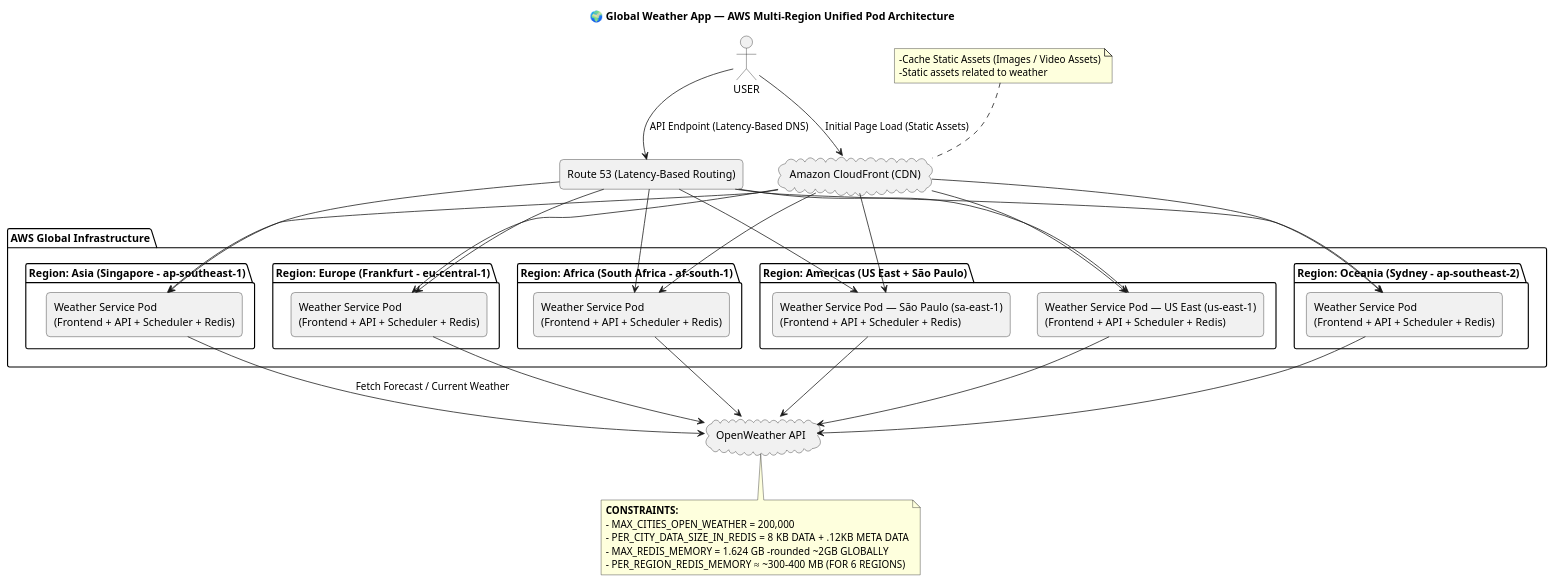
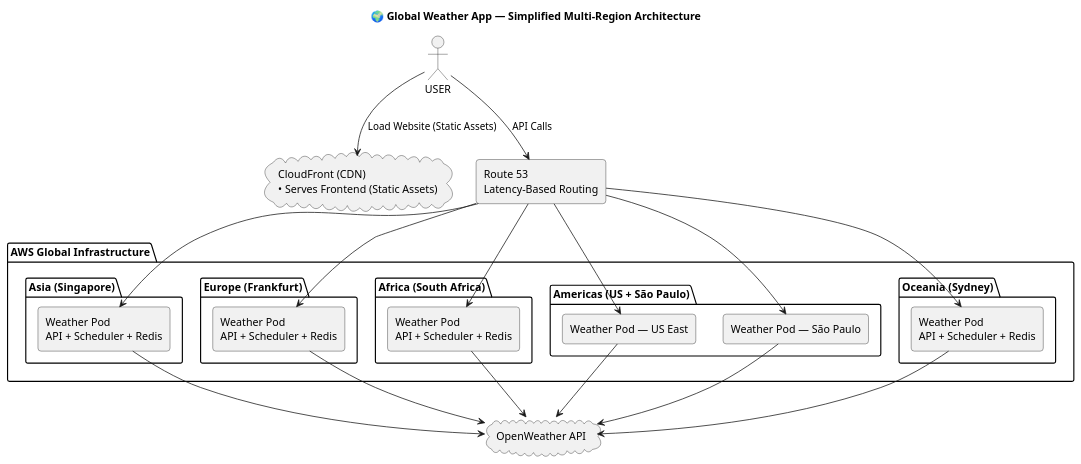
Before and after one commit to shivamnamdeo0101/weather-app: the diagram in diagrams/AWS_ARCH.puml, drawn with PlantUML. The commit also changed 2 other files, not shown here.

```diff
--- a/diagrams/AWS_ARCH.puml
+++ b/diagrams/AWS_ARCH.puml
@@ -1,115 +1,69 @@
 @startuml
-title 🌍 Global Weather App — AWS Multi-Region Unified Pod Architecture
+title 🌍 Global Weather App — Simplified Multi-Region Architecture
 
-' --- Layout Settings ---
-skinparam packagePadding 15
+skinparam packagePadding 10
 skinparam rectangle {
-    Shadowing false
-    RoundCorner 10
-    Padding 8
-    MinWidth 180
-}
-skinparam database {
-    Shadowing false
-    RoundCorner 10
-    Padding 8
-    MinWidth 160
+    RoundCorner 8
+    Padding 6
 }
 skinparam cloud {
-    Shadowing false
+    RoundCorner 10
 }
 
 actor USER
+cloud CF as "CloudFront (CDN)\n• Serves Frontend (Static Assets)"
+rectangle R53 as "Route 53\nLatency-Based Routing"
 cloud OPENWEATHER as "OpenWeather API"
 
 ' ===========================
-' AWS GLOBAL INFRASTRUCTURE
+' GLOBAL INFRASTRUCTURE
 ' ===========================
 package "AWS Global Infrastructure" {
 
-    ' -------- ASIA REGION --------
-    package "Region: Asia (Singapore - ap-southeast-1)" {
-        rectangle POD_ASIA as "Weather Service Pod\n(Frontend + API + Scheduler + Redis)"
+    package "Asia (Singapore)" {
+        rectangle POD_ASIA as "Weather Pod\nAPI + Scheduler + Redis"
     }
 
-    ' -------- EUROPE REGION --------
-    package "Region: Europe (Frankfurt - eu-central-1)" {
-        rectangle POD_EU as "Weather Service Pod\n(Frontend + API + Scheduler + Redis)"
+    package "Europe (Frankfurt)" {
+        rectangle POD_EU as "Weather Pod\nAPI + Scheduler + Redis"
     }
 
-    ' -------- AFRICA REGION --------
-    package "Region: Africa (South Africa - af-south-1)" {
-        rectangle POD_AF as "Weather Service Pod\n(Frontend + API + Scheduler + Redis)"
+    package "Africa (South Africa)" {
+        rectangle POD_AF as "Weather Pod\nAPI + Scheduler + Redis"
     }
 
-    ' -------- AMERICAS REGION --------
-    package "Region: Americas (US East + São Paulo)" {
-        rectangle POD_US as "Weather Service Pod — US East (us-east-1)\n(Frontend + API + Scheduler + Redis)"
-        rectangle POD_SA as "Weather Service Pod — São Paulo (sa-east-1)\n(Frontend + API + Scheduler + Redis)"
+    package "Americas (US + São Paulo)" {
+        rectangle POD_US as "Weather Pod — US East"
+        rectangle POD_SA as "Weather Pod — São Paulo"
     }
 
-    ' -------- OCEANIA REGION --------
-    package "Region: Oceania (Sydney - ap-southeast-2)" {
-        rectangle POD_OC as "Weather Service Pod\n(Frontend + API + Scheduler + Redis)"
+    package "Oceania (Sydney)" {
+        rectangle POD_OC as "Weather Pod\nAPI + Scheduler + Redis"
     }
 }
 
 ' ===========================
-' GLOBAL SERVICES
+' USER → SYSTEM FLOW
 ' ===========================
-cloud CF as "Amazon CloudFront (CDN)"
+USER --> CF : Load Website (Static Assets)
+USER --> R53 : API Calls
 
-note top of CF
--Cache Static Assets (Images / Video Assets)
--Static assets related to weather
-end note
-
-
-rectangle R53 as "Route 53 (Latency-Based Routing)"
-
-' ===========================
-' GLOBAL CONNECTION FLOW
-' ===========================
-
-USER --> CF : Initial Page Load (Static Assets)
-USER --> R53 : API Endpoint (Latency-Based DNS)
-
-' CloudFront → Regional Pods (Frontend)
-CF --> POD_ASIA
-CF --> POD_EU
-CF --> POD_AF
-CF --> POD_US
-CF --> POD_SA
-CF --> POD_OC
-
-' Route 53 → Regional Pods (API Traffic)
+' CDN → Backends
 R53 --> POD_ASIA
 R53 --> POD_EU
 R53 --> POD_AF
 R53 --> POD_US
 R53 --> POD_SA
 R53 --> POD_OC
 
 ' ===========================
-' REGIONAL DATA FLOW
+' REGIONAL WEATHER FETCH
 ' ===========================
-
-POD_ASIA --> OPENWEATHER : Fetch Forecast / Current Weather
+POD_ASIA --> OPENWEATHER
 POD_EU --> OPENWEATHER
 POD_AF --> OPENWEATHER
 POD_US --> OPENWEATHER
 POD_SA --> OPENWEATHER
 POD_OC --> OPENWEATHER
 
-' ===========================
-' SYSTEM CONSTRAINTS
-' ===========================
-note bottom of OPENWEATHER
-<b>CONSTRAINTS:</b>
-- MAX_CITIES_OPEN_WEATHER = 200,000
-- PER_CITY_DATA_SIZE_IN_REDIS = 8 KB DATA + .12KB META DATA
-- MAX_REDIS_MEMORY = 1.624 GB -rounded ~2GB GLOBALLY
-- PER_REGION_REDIS_MEMORY ≈ ~300–400 MB (FOR 6 REGIONS)
-end note
-
 @enduml
```
